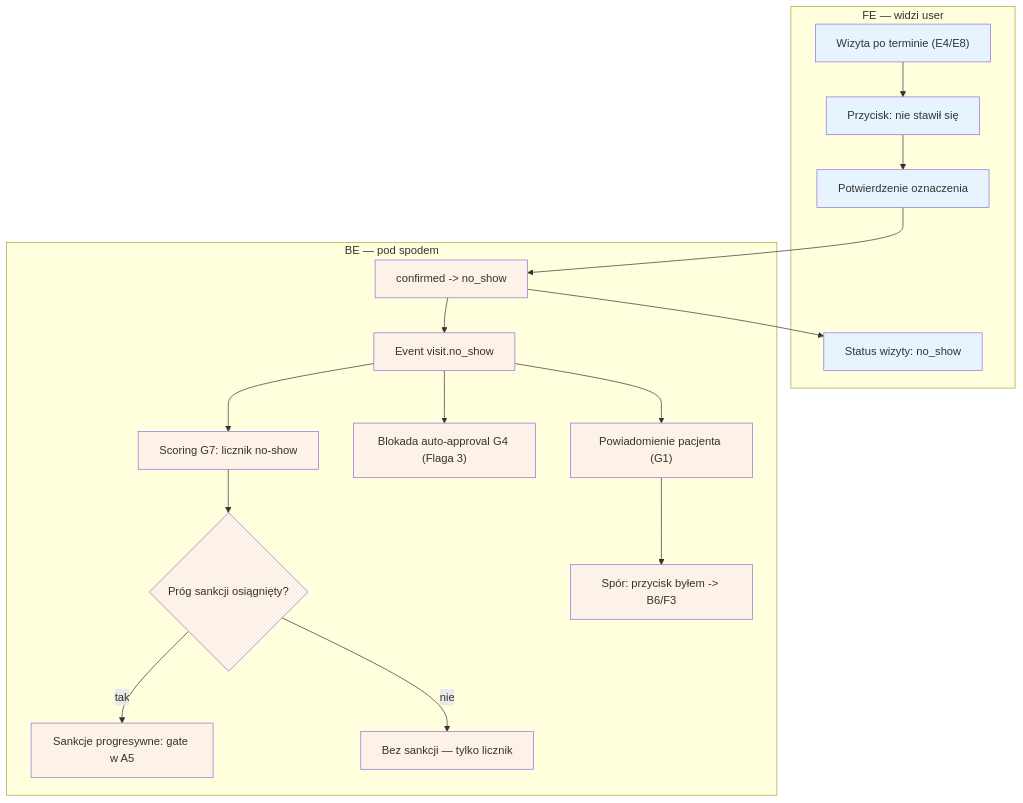
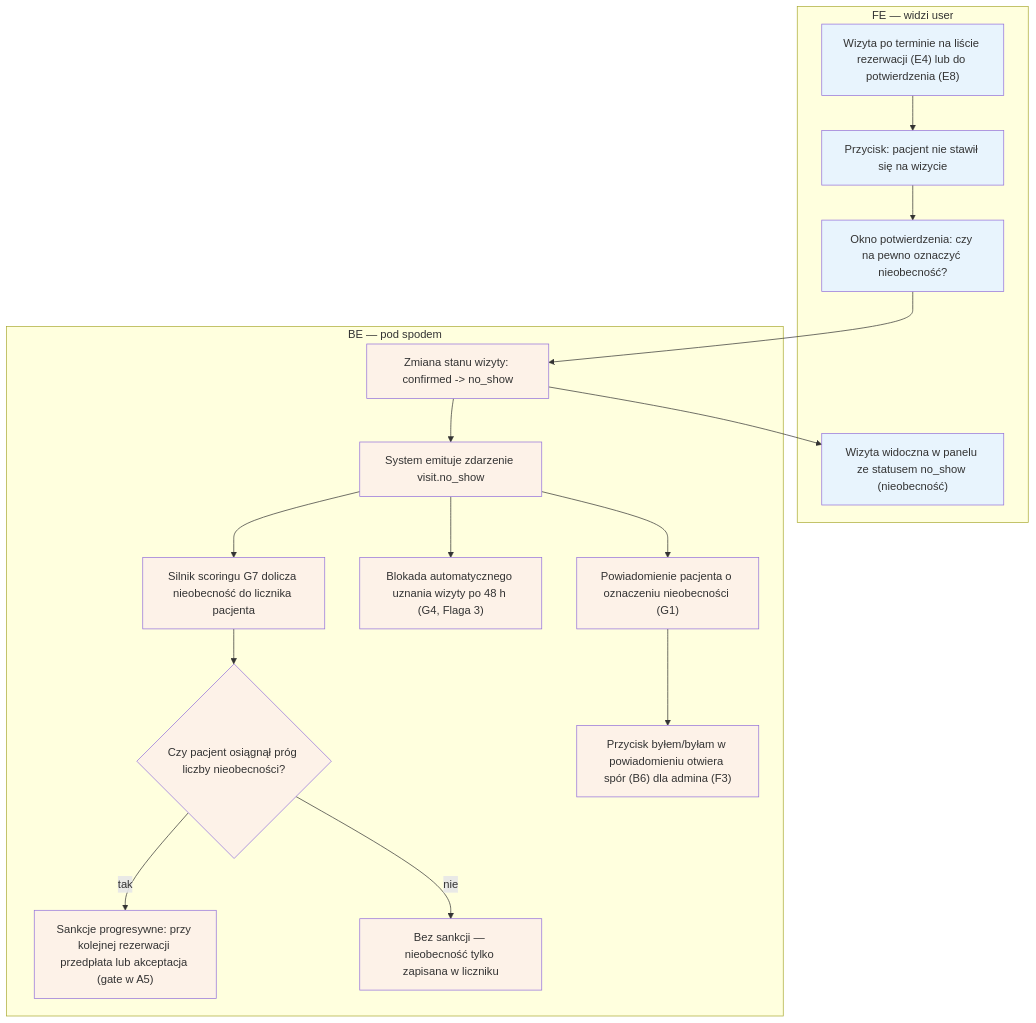
One commit to QooperBoy/medivo_portal changed the diagram in diagrams/e-panel/e7-no-show.md. Above: the diagram before and after it, drawn with Mermaid. The commit also changed other lines of this file and 47 other files, not shown here.

First line of the commit message:
czytelnosc: pelne etykiety + sekcje Aktorzy i Objasnienie blokow (23 diagramy)

````diff
--- a/diagrams/e-panel/e7-no-show.md
+++ b/diagrams/e-panel/e7-no-show.md
@@ -3,38 +3,38 @@
 ```mermaid
 flowchart TD
     subgraph FE["FE — widzi user"]
-        SZCZ["Wizyta po terminie (E4/E8)"]
-        BTN["Przycisk: nie stawił się"]
-        POTW["Potwierdzenie oznaczenia"]
-        INFO["Status wizyty: no_show"]
+        SZCZ["Wizyta po terminie na liście rezerwacji (E4) lub do potwierdzenia (E8)"]
+        BTN["Przycisk: pacjent nie stawił się na wizycie"]
+        POTW["Okno potwierdzenia: czy na pewno oznaczyć nieobecność?"]
+        INFO["Wizyta widoczna w panelu ze statusem no_show (nieobecność)"]
     end
 
     subgraph BE["BE — pod spodem"]
-        STAN["confirmed -> no_show"]
-        EVENT["Event visit.no_show"]
-        G7L["Scoring G7: licznik no-show"]
-        PROG{"Próg sankcji osiągnięty?"}
-        SANKCJE["Sankcje progresywne: gate w A5"]
-        BRAK["Bez sankcji — tylko licznik"]
-        BLOKG4["Blokada auto-approval G4 (Flaga 3)"]
-        POWIAD["Powiadomienie pacjenta (G1)"]
-        SPOR["Spór: przycisk byłem -> B6/F3"]
+        STAN["Zmiana stanu wizyty: confirmed -> no_show"]
+        EVENT["System emituje zdarzenie visit.no_show"]
+        G7L["Silnik scoringu G7 dolicza nieobecność do licznika pacjenta"]
+        PROG{"Czy pacjent osiągnął próg liczby nieobecności?"}
+        SANKCJE["Sankcje progresywne: przy kolejnej rezerwacji przedpłata lub akceptacja (gate w A5)"]
+        BRAK["Bez sankcji — nieobecność tylko zapisana w liczniku"]
+        BLOKG4["Blokada automatycznego uznania wizyty po 48 h (G4, Flaga 3)"]
+        POWIAD["Powiadomienie pacjenta o oznaczeniu nieobecności (G1)"]
+        SPOR["Przycisk byłem/byłam w powiadomieniu otwiera spór (B6) dla admina (F3)"]
     end
 
     SZCZ --> BTN --> POTW
     POTW --> STAN
     STAN --> INFO
     STAN --> EVENT
     EVENT --> G7L
     EVENT --> BLOKG4
     G7L --> PROG
     PROG -->|tak| SANKCJE
     PROG -->|nie| BRAK
     EVENT --> POWIAD
     POWIAD --> SPOR
 
     classDef fe fill:#e8f4fd
     classDef be fill:#fdf2e8
     class SZCZ,BTN,POTW,INFO fe
     class STAN,EVENT,G7L,PROG,SANKCJE,BRAK,BLOKG4,POWIAD,SPOR be
 ```
````
